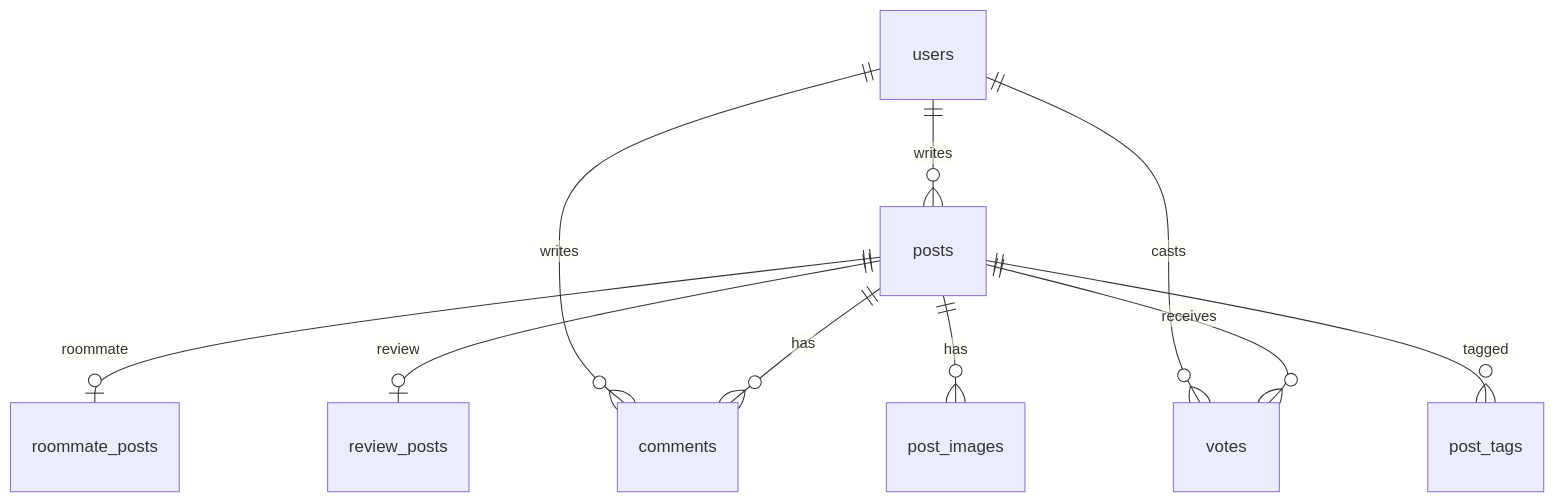
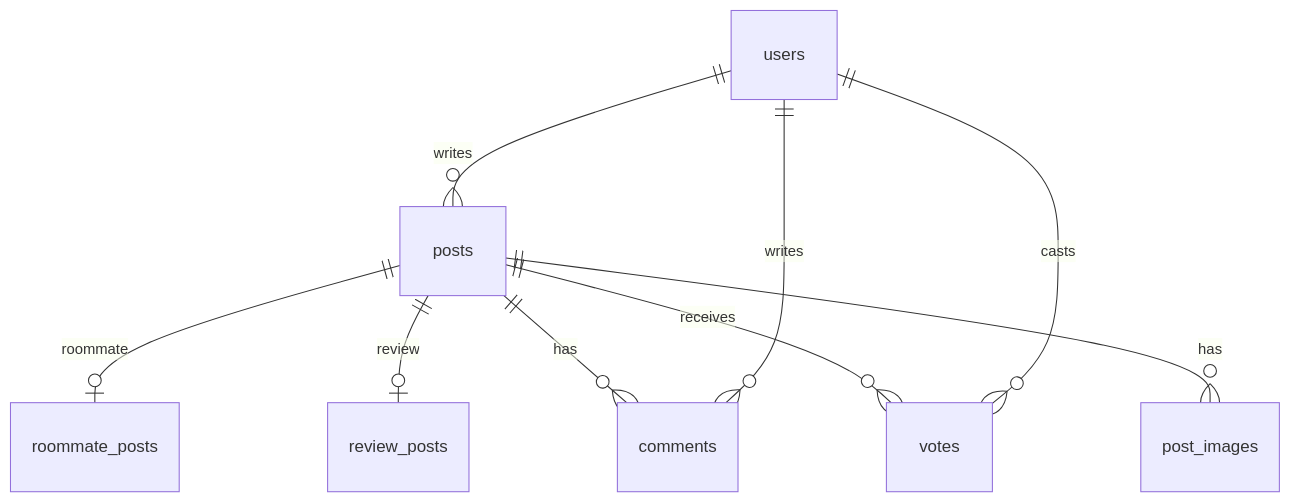
Before and after one commit to Smokiestfox/sivi-app: the fourth of 8 diagrams in docs/diagrams.md, drawn with Mermaid. The commit also changed other lines of this file and 31 other files, not shown here.

````diff
--- a/docs/diagrams.md
+++ b/docs/diagrams.md
@@ -124,12 +127,11 @@
-~~~mermaid
+```mermaid
 erDiagram
     users ||--o{ posts : writes
     posts ||--o| roommate_posts : roommate
     posts ||--o| review_posts : review
     posts ||--o{ comments : has
     users ||--o{ comments : writes
     posts ||--o{ votes : receives
     users ||--o{ votes : casts
     posts ||--o{ post_images : has
-    posts ||--o{ post_tags : tagged
-~~~
+```
````
